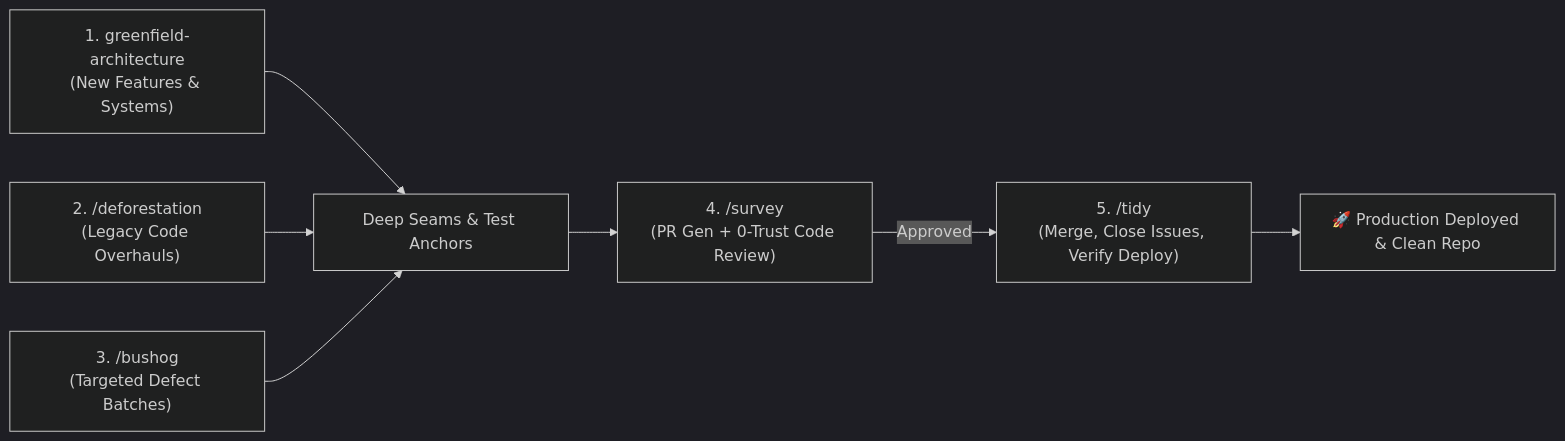
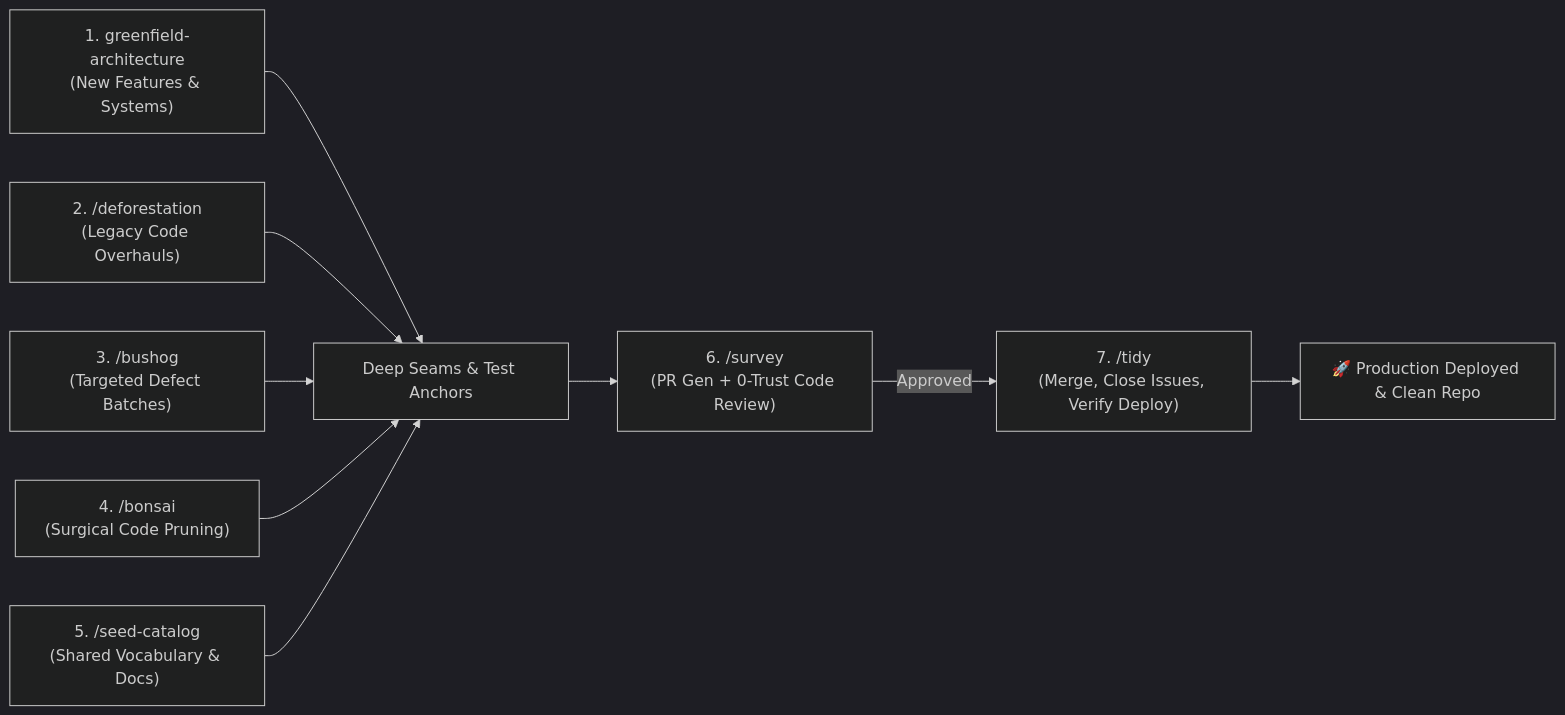
One commit to mcmxciillan/code-gardening changed the diagram in docs/WORKFLOWS.md. Above: the diagram before and after it, drawn with Mermaid (dark theme). The commit also changed other lines of this file and 15 other files, not shown here.

First line of the commit message:
feat(skills): add /bonsai and /seed-catalog skills with loosely coupled 7-skill integration (#1)

````diff
--- a/docs/WORKFLOWS.md
+++ b/docs/WORKFLOWS.md
@@ -5,9 +5,11 @@
 ```mermaid
 graph LR
     A["1. greenfield-architecture<br>(New Features & Systems)"] --> G["Deep Seams & Test Anchors"]
     B["2. /deforestation<br>(Legacy Code Overhauls)"] --> G
     C["3. /bushog<br>(Targeted Defect Batches)"] --> G
-    G --> D["4. /survey<br>(PR Gen + 0-Trust Code Review)"]
-    D -->|Approved| E["5. /tidy<br>(Merge, Close Issues, Verify Deploy)"]
+    H["4. /bonsai<br>(Surgical Code Pruning)"] --> G
+    S["5. /seed-catalog<br>(Shared Vocabulary & Docs)"] --> G
+    G --> D["6. /survey<br>(PR Gen + 0-Trust Code Review)"]
+    D -->|Approved| E["7. /tidy<br>(Merge, Close Issues, Verify Deploy)"]
     E --> F["🚀 Production Deployed & Clean Repo"]
 ```
````
